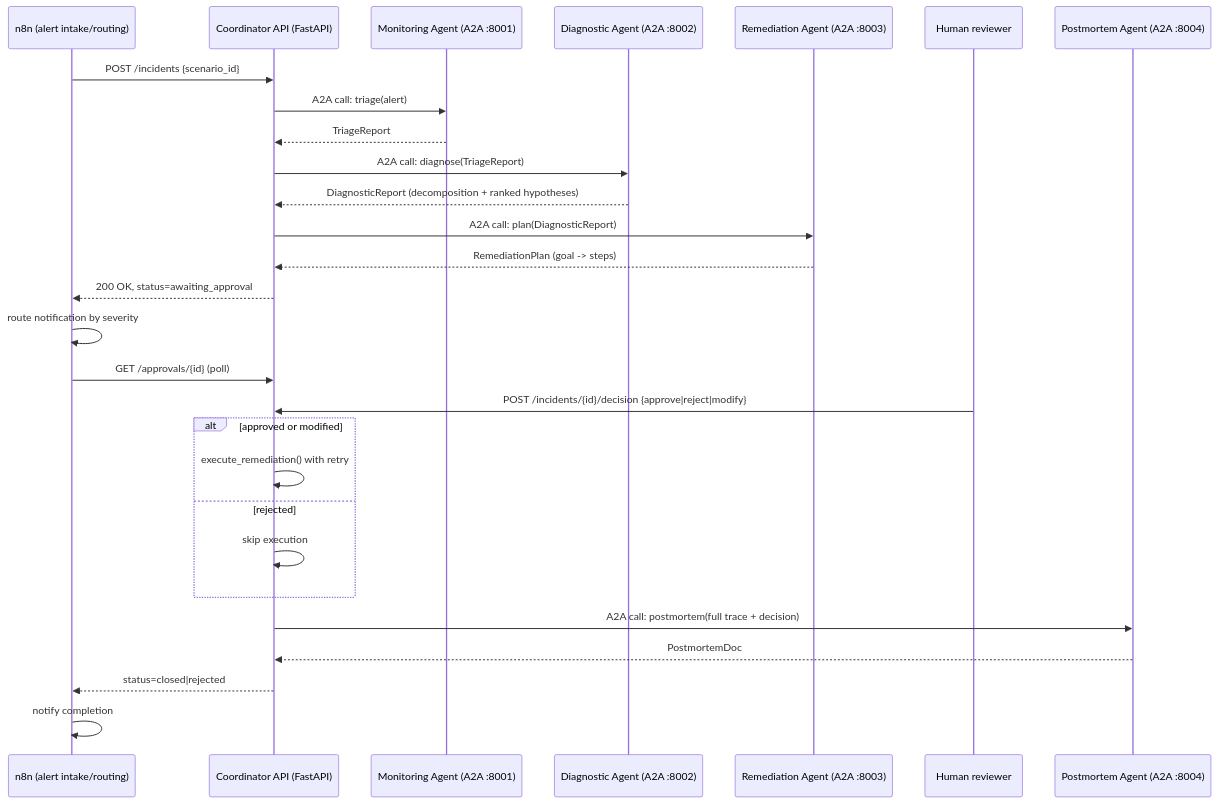
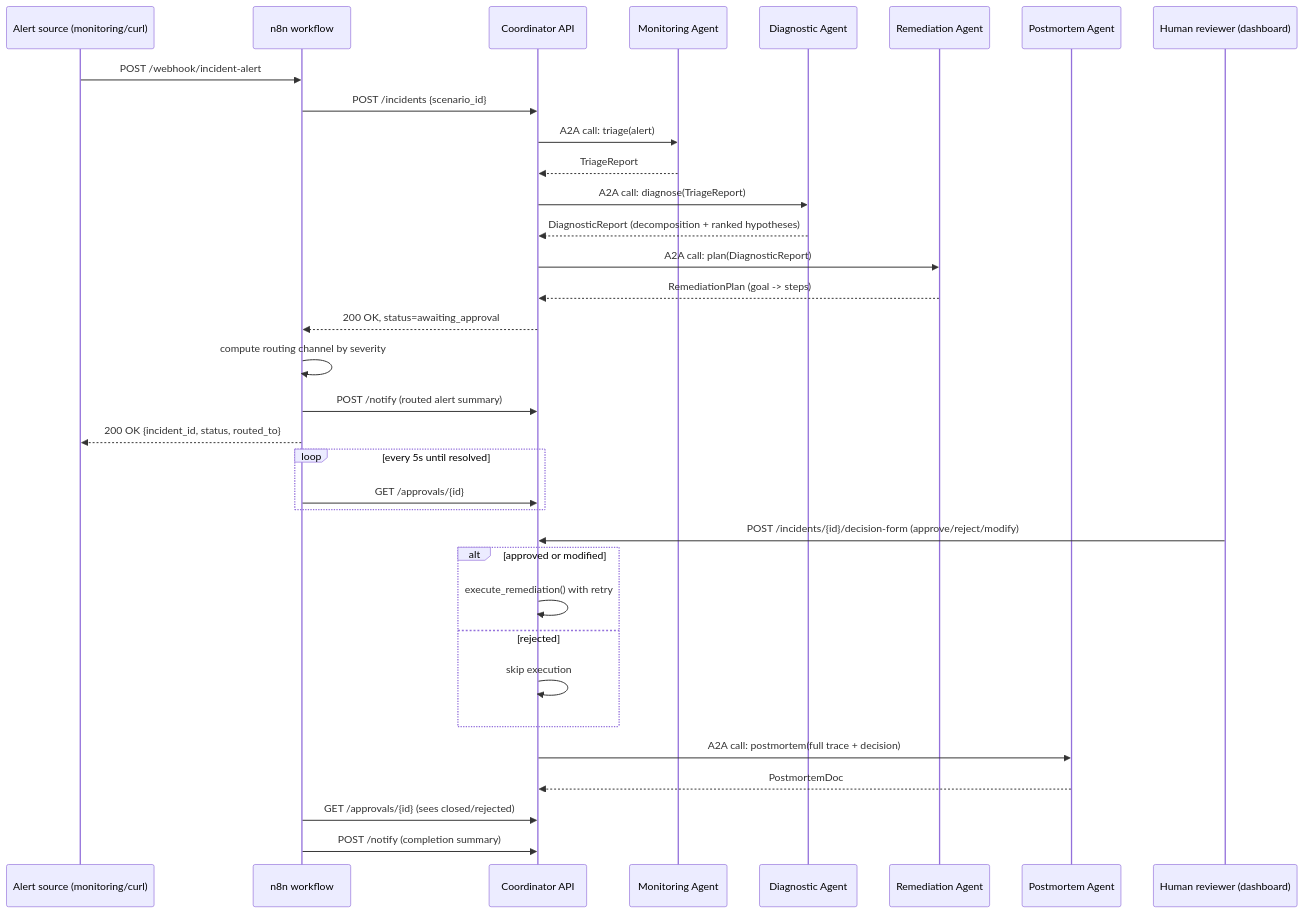
One commit to bgolsen/agents-final-project changed the first of 2 diagrams in ARCHITECTURE.md. Above: the diagram before and after it, drawn with Mermaid. The commit also changed other lines of this file and 3 other files, not shown here.

First line of the commit message:
Fix ARCHITECTURE.md's §4 diagrams to show n8n's full role, not just intake

````diff
--- a/ARCHITECTURE.md
+++ b/ARCHITECTURE.md
@@ -97,31 +97,37 @@
 ```mermaid
 sequenceDiagram
-    participant N8N as n8n (alert intake/routing)
-    participant API as Coordinator API (FastAPI)
-    participant MON as Monitoring Agent (A2A :8001)
-    participant DIAG as Diagnostic Agent (A2A :8002)
-    participant REM as Remediation Agent (A2A :8003)
-    participant HUMAN as Human reviewer
-    participant POST as Postmortem Agent (A2A :8004)
+    participant SRC as Alert source (monitoring/curl)
+    participant N8N as n8n workflow
+    participant API as Coordinator API
+    participant MON as Monitoring Agent
+    participant DIAG as Diagnostic Agent
+    participant REM as Remediation Agent
+    participant POST as Postmortem Agent
+    participant HUMAN as Human reviewer (dashboard)
 
+    SRC->>N8N: POST /webhook/incident-alert
     N8N->>API: POST /incidents {scenario_id}
     API->>MON: A2A call: triage(alert)
     MON-->>API: TriageReport
     API->>DIAG: A2A call: diagnose(TriageReport)
     DIAG-->>API: DiagnosticReport (decomposition + ranked hypotheses)
     API->>REM: A2A call: plan(DiagnosticReport)
     REM-->>API: RemediationPlan (goal -> steps)
     API-->>N8N: 200 OK, status=awaiting_approval
-    N8N->>N8N: route notification by severity
-    N8N->>API: GET /approvals/{id} (poll)
-    HUMAN->>API: POST /incidents/{id}/decision {approve|reject|modify}
+    N8N->>N8N: compute routing channel by severity
+    N8N->>API: POST /notify (routed alert summary)
+    N8N-->>SRC: 200 OK {incident_id, status, routed_to}
+    loop every 5s until resolved
+        N8N->>API: GET /approvals/{id}
+    end
+    HUMAN->>API: POST /incidents/{id}/decision-form (approve/reject/modify)
     alt approved or modified
         API->>API: execute_remediation() with retry
     else rejected
         API->>API: skip execution
     end
     API->>POST: A2A call: postmortem(full trace + decision)
     POST-->>API: PostmortemDoc
-    API-->>N8N: status=closed|rejected
-    N8N->>N8N: notify completion
+    N8N->>API: GET /approvals/{id} (sees closed/rejected)
+    N8N->>API: POST /notify (completion summary)
 ```
````
